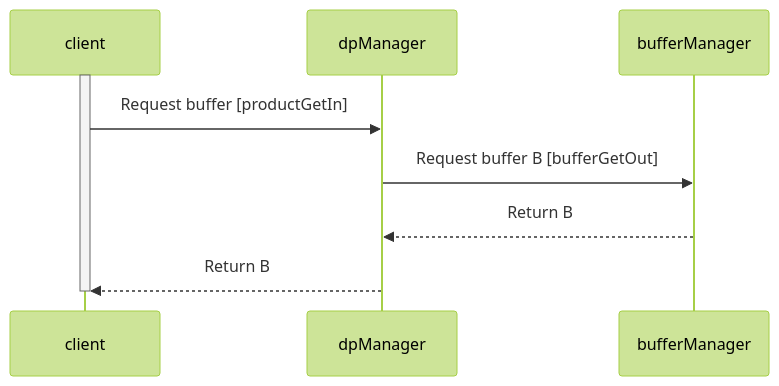
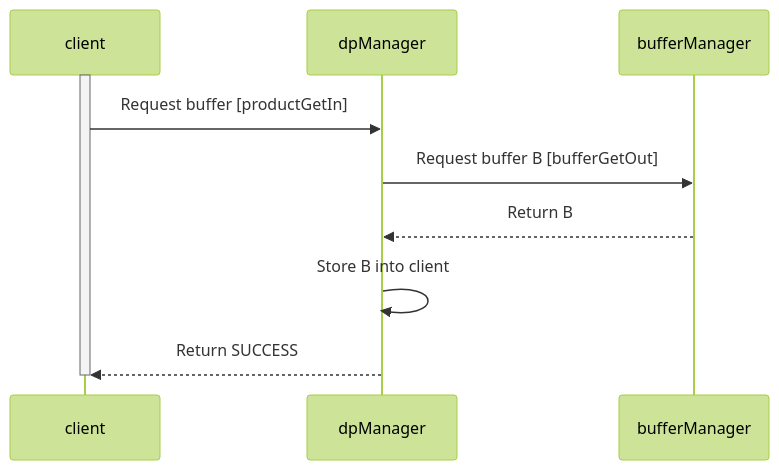
One commit to bocchino/fprime changed the first of 3 diagrams in Svc/DpManager/docs/sdd.md. Above: the diagram before and after it, drawn with Mermaid (forest theme).

Commit message:
Revise DpManager SDD

````diff
--- a/Svc/DpManager/docs/sdd.md
+++ b/Svc/DpManager/docs/sdd.md
@@ -186,9 +186,10 @@
 ```mermaid
 sequenceDiagram
     activate client
     client->>dpManager: Request buffer [productGetIn]
     dpManager->>bufferManager: Request buffer B [bufferGetOut]
     bufferManager-->>dpManager: Return B
-    dpManager-->>client: Return B
+    dpManager->>dpManager: Store B into client
+    dpManager-->>client: Return SUCCESS
     deactivate client
 ```
````
